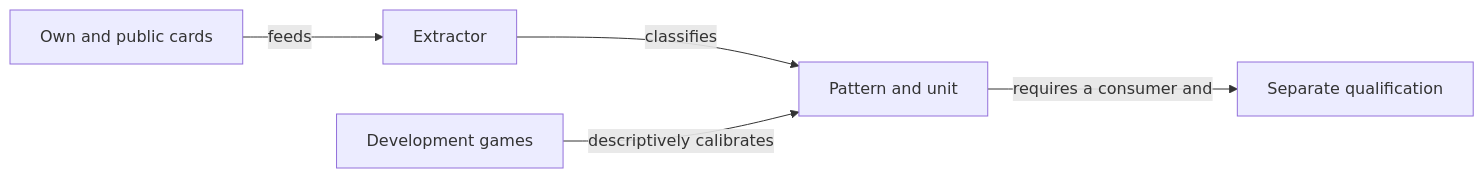
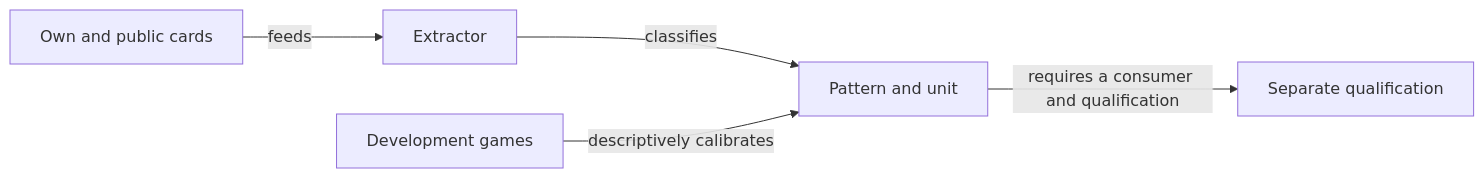
One commit to crististefanita/atf_j4 changed the diagram in docs/ai/ATF_HandPatternsEn.md. Above: the diagram before and after it, drawn with Mermaid. The commit also changed 126 other files, not shown here.

````diff
--- a/docs/ai/ATF_HandPatternsEn.md
+++ b/docs/ai/ATF_HandPatternsEn.md
@@ -9,7 +9,7 @@
 ```mermaid
 flowchart LR
     OBS[Own and public cards] -->|feeds| EXTRACT[Extractor]
     EXTRACT -->|classifies| PATTERN[Pattern and unit]
     GAMES[Development games] -->|descriptively calibrates| PATTERN
-    PATTERN -->|requires a consumer and| GATE[Separate qualification]
+    PATTERN -->|requires a consumer and qualification| GATE[Separate qualification]
 ```
````
